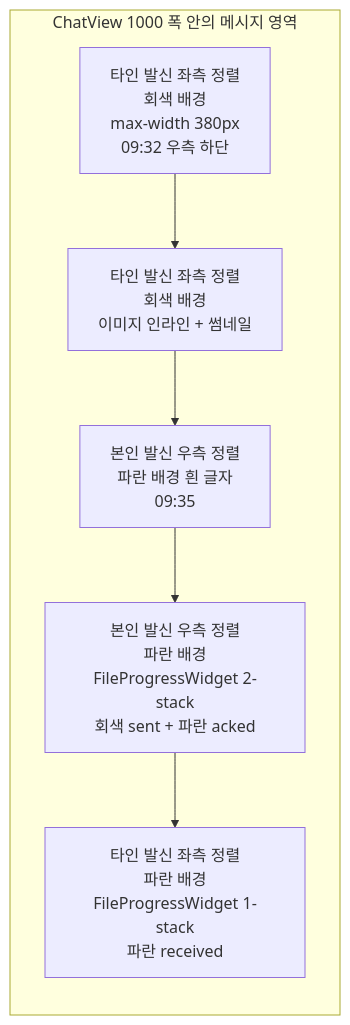
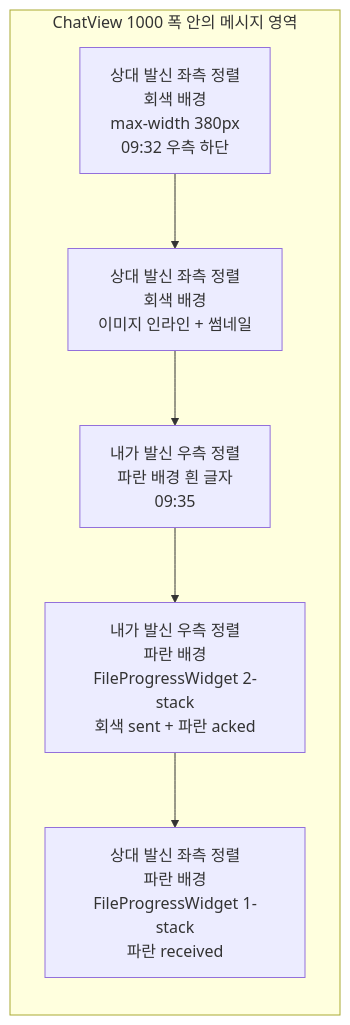
The fourth of 6 diagrams in FRONTEND.md (oneticket99/p2p_msg), drawn with Mermaid before and after one commit. The commit also changed other lines of this file and 13 other files, not shown here.

````diff
--- a/FRONTEND.md
+++ b/FRONTEND.md
@@ -304,12 +304,12 @@
 ```mermaid
 flowchart TD
     subgraph CV3["ChatView 1000 폭 안의 메시지 영역"]
         direction TB
-        B1["타인 발신 좌측 정렬<br/>회색 배경<br/>max-width 380px<br/>09:32 우측 하단"]
-        B2["타인 발신 좌측 정렬<br/>회색 배경<br/>이미지 인라인 + 썸네일"]
-        B3["본인 발신 우측 정렬<br/>파란 배경 흰 글자<br/>09:35"]
-        B4["본인 발신 우측 정렬<br/>파란 배경<br/>FileProgressWidget 2-stack<br/>회색 sent + 파란 acked"]
-        B5["타인 발신 좌측 정렬<br/>파란 배경<br/>FileProgressWidget 1-stack<br/>파란 received"]
+        B1["상대 발신 좌측 정렬<br/>회색 배경<br/>max-width 380px<br/>09:32 우측 하단"]
+        B2["상대 발신 좌측 정렬<br/>회색 배경<br/>이미지 인라인 + 썸네일"]
+        B3["내가 발신 우측 정렬<br/>파란 배경 흰 글자<br/>09:35"]
+        B4["내가 발신 우측 정렬<br/>파란 배경<br/>FileProgressWidget 2-stack<br/>회색 sent + 파란 acked"]
+        B5["상대 발신 좌측 정렬<br/>파란 배경<br/>FileProgressWidget 1-stack<br/>파란 received"]
     end
     B1 --> B2 --> B3 --> B4 --> B5
 ```
````
